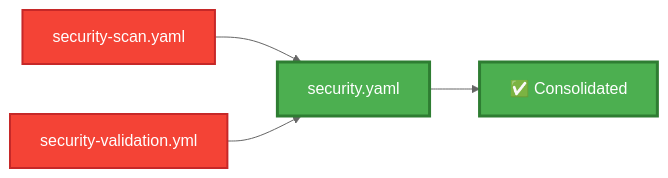
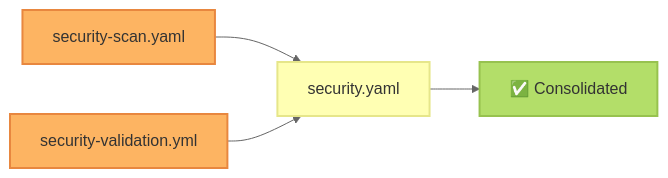
Before and after one commit to vishnu2kmohan/mcp-server-langgraph: diagram 11 of 12 in docs/development/workflow-diagram.mdx, drawn with Mermaid (neutral theme). The commit also changed other lines of this file and 201 other files, not shown here.

````diff
--- a/docs/development/workflow-diagram.mdx
+++ b/docs/development/workflow-diagram.mdx
@@ -481,12 +540,15 @@
 ```mermaid
-graph LR
+%% ColorBrewer2 Set3 palette - each component type uniquely colored
+flowchart LR
     SS[security-scan.yaml] --> Combined[security.yaml]
     SV[security-validation.yml] --> Combined
     Combined --> Complete[✅ Consolidated]
 
-    classDef current fill:#F44336,stroke:#C62828,stroke-width:2px,color:#fff
-    classDef proposed fill:#4CAF50,stroke:#2E7D32,stroke-width:3px,color:#fff
+    classDef validationStyle fill:#fdb462,stroke:#e8873f,stroke-width:2px,color:#333
+    classDef successStyle fill:#b3de69,stroke:#97c24f,stroke-width:2px,color:#333
+    classDef secondaryStyle fill:#ffffb3,stroke:#e6e68a,stroke-width:2px,color:#333
 
-    class SS,SV current
-    class Combined,Complete proposed
+    class SS,SV validationStyle
+    class Complete successStyle
+    class Combined secondaryStyle
 ```
````
